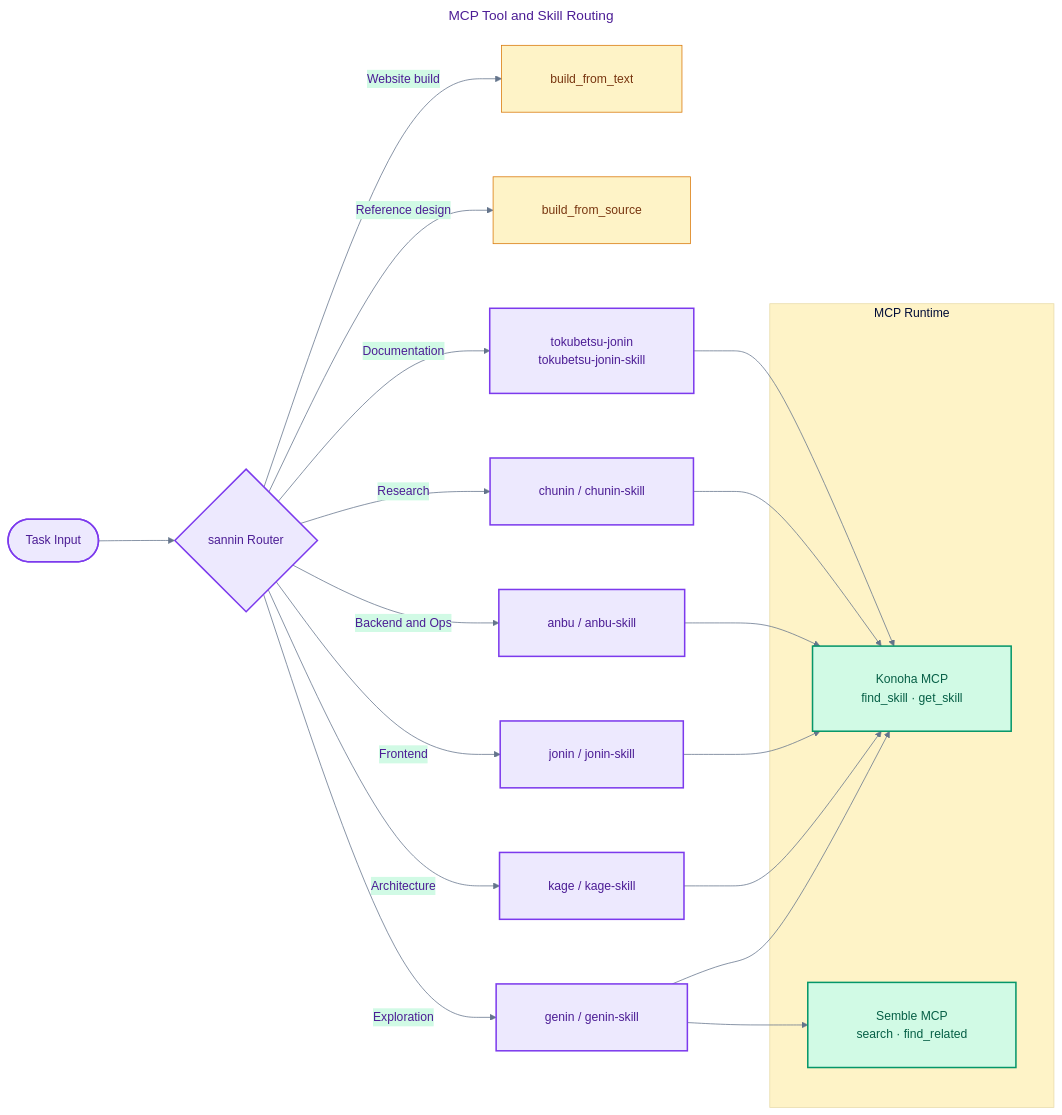
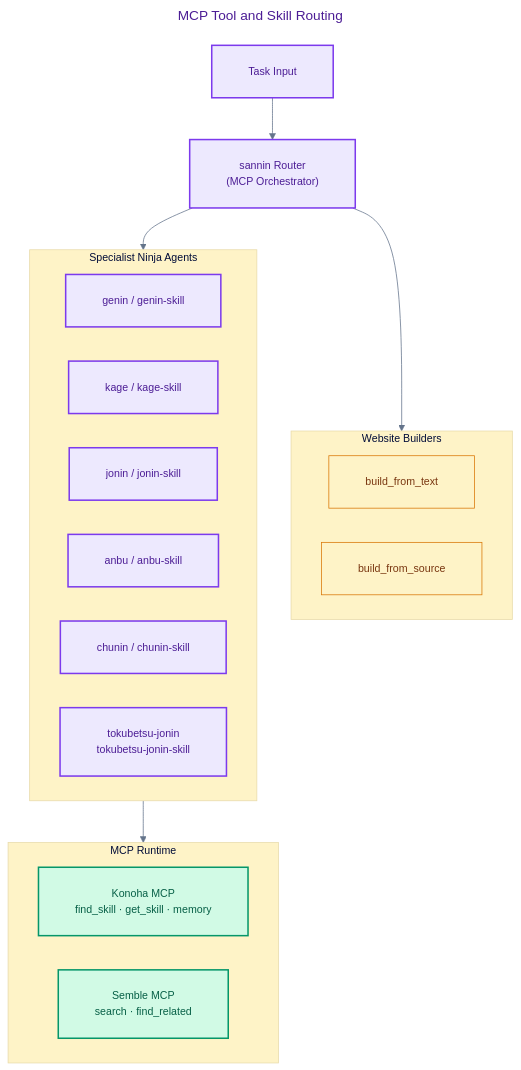
One commit to andycungkrinx91/konoha changed the third of 3 diagrams in docs/ARCHITECTURE.md. Above: the diagram before and after it, drawn with Mermaid. The commit also changed other lines of this file and 18 other files, not shown here.

````diff
--- a/docs/ARCHITECTURE.md
+++ b/docs/ARCHITECTURE.md
@@ -177,52 +178,55 @@
 ```mermaid
 ---
 title: MCP Tool and Skill Routing
 config:
   theme: base
   themeVariables:
     background: '#ffffff'
     primaryColor: '#ede9fe'
     primaryTextColor: '#4c1d95'
     primaryBorderColor: '#7c3aed'
     lineColor: '#64748b'
     secondaryColor: '#d1fae5'
     tertiaryColor: '#fef3c7'
-    fontFamily: 'Inter, ui-sans-serif, system-ui, sans-serif'
+    fontFamily: 'Inter, system-ui, sans-serif'
+    fontSize: '14px'
   flowchart:
-    nodeSpacing: 85
-    rankSpacing: 100
-    padding: 32
-    wrappingWidth: 360
+    nodeSpacing: 45
+    rankSpacing: 55
+    padding: 24
+    wrappingWidth: 380
 ---
-flowchart LR
-    Prompt([Task Input]) --> Sannin{sannin Router}
-    Sannin -->|Website build| BuildText[build_from_text]
-    Sannin -->|Reference design| BuildSource[build_from_source]
-    Sannin -->|Exploration| Genin[genin / genin-skill]
-    Sannin -->|Architecture| Kage[kage / kage-skill]
-    Sannin -->|Frontend| Jonin[jonin / jonin-skill]
-    Sannin -->|Backend and Ops| Anbu[anbu / anbu-skill]
-    Sannin -->|Research| Chunin[chunin / chunin-skill]
-    Sannin -->|Documentation| Toku[tokubetsu-jonin<br/>tokubetsu-jonin-skill]
+flowchart TB
+    Prompt["Task Input"] --> Sannin["sannin Router<br/>(MCP Orchestrator)"]
 
-    subgraph Runtime["MCP Runtime"]
-        Konoha[Konoha MCP<br/>find_skill · get_skill]
-        Semble[Semble MCP<br/>search · find_related]
+    subgraph Builders ["Website Builders"]
+        BuildText["build_from_text"]
+        BuildSource["build_from_source"]
     end
 
-    Genin --> Konoha
-    Genin --> Semble
-    Kage --> Konoha
-    Jonin --> Konoha
-    Anbu --> Konoha
-    Chunin --> Konoha
-    Toku --> Konoha
+    subgraph Ninjas ["Specialist Ninja Agents"]
+        Genin["genin / genin-skill"]
+        Kage["kage / kage-skill"]
+        Jonin["jonin / jonin-skill"]
+        Anbu["anbu / anbu-skill"]
+        Chunin["chunin / chunin-skill"]
+        Toku["tokubetsu-jonin<br/>tokubetsu-jonin-skill"]
+    end
+
+    subgraph Runtime ["MCP Runtime"]
+        Konoha["Konoha MCP<br/>find_skill · get_skill · memory"]
+        Semble["Semble MCP<br/>search · find_related"]
+    end
+
+    Sannin --> Builders
+    Sannin --> Ninjas
+    Ninjas --> Runtime
 
     classDef route fill:#ede9fe,stroke:#7c3aed,color:#4c1d95,stroke-width:2px
     classDef build fill:#fef3c7,stroke:#d97706,color:#78350f
     classDef mcp fill:#d1fae5,stroke:#059669,color:#065f46,stroke-width:2px
     class Prompt,Sannin route
     class Genin,Kage,Jonin,Anbu,Chunin,Toku route
     class BuildText,BuildSource build
     class Konoha,Semble mcp
 ```
````
